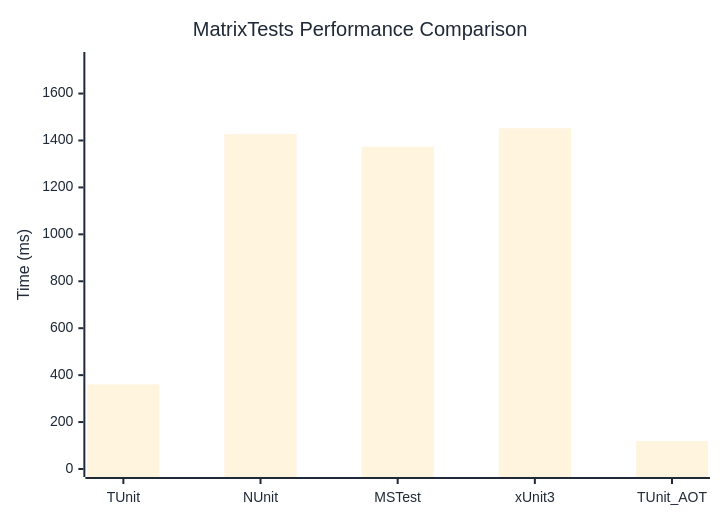
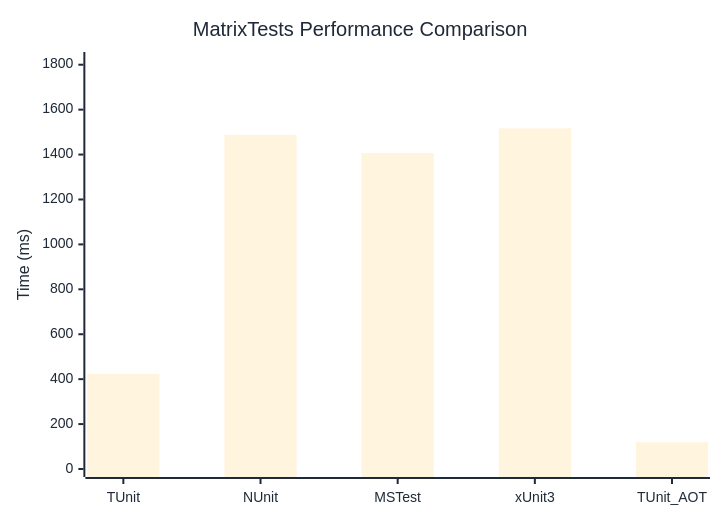
Before and after one commit to thomhurst/TUnit: the diagram in docs/docs/benchmarks/engine/MatrixTests.md, drawn with Mermaid. The commit also changed other lines of this file and 17 other files, not shown here.

````diff
--- a/docs/docs/benchmarks/engine/MatrixTests.md
+++ b/docs/docs/benchmarks/engine/MatrixTests.md
@@ -29,37 +29,37 @@
 ```mermaid
 %%{init: {
   'theme':'base',
   'themeVariables': {
     'primaryColor': '#2563eb',
     'primaryTextColor': '#1f2937',
     'primaryBorderColor': '#1e40af',
     'lineColor': '#6b7280',
     'secondaryColor': '#7c3aed',
     'tertiaryColor': '#dc2626',
     'background': '#ffffff',
     'mainBkg': '#2563eb',
     'secondBkg': '#7c3aed',
     'tertiaryBkg': '#dc2626',
     'clusterBkg': '#f3f4f6',
     'edgeLabelBackground': '#ffffff',
     'tertiaryTextColor': '#1f2937',
     'pie1': '#2563eb',
     'pie2': '#7c3aed',
     'pie3': '#dc2626',
     'pie4': '#f59e0b',
     'pie5': '#10b981',
     'pie6': '#06b6d4',
     'pie7': '#ec4899',
     'pie8': '#6366f1',
     'pie9': '#84cc16',
     'pie10': '#f97316',
     'pie11': '#14b8a6',
     'pie12': '#a855f7'
   }
 }}%%
 xychart-beta
   title "MatrixTests Performance Comparison"
   x-axis ["TUnit", "NUnit", "MSTest", "xUnit3", "TUnit_AOT"]
-  y-axis "Time (ms)" 0 --> 1743
-  bar [360.6, 1426.9, 1373.4, 1452.1, 119.1]
+  y-axis "Time (ms)" 0 --> 1821
+  bar [423.2, 1487.8, 1407.1, 1516.9, 119.4]
 ```
````
